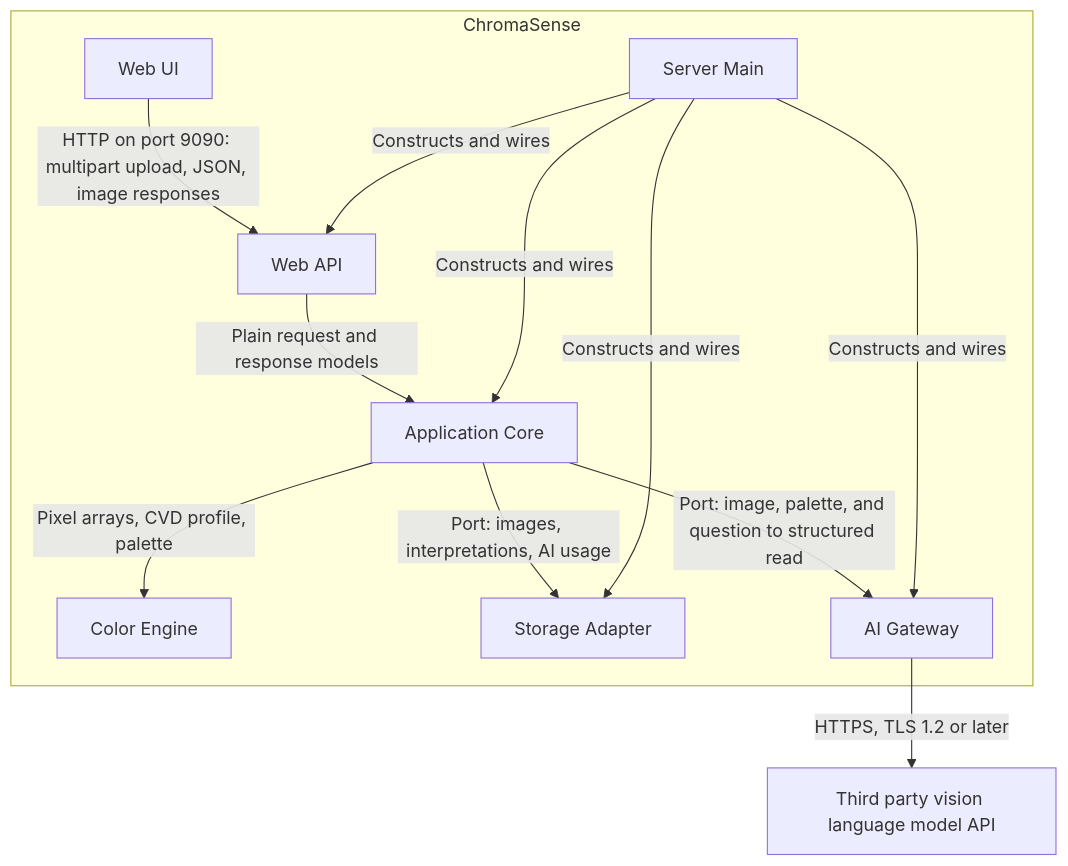
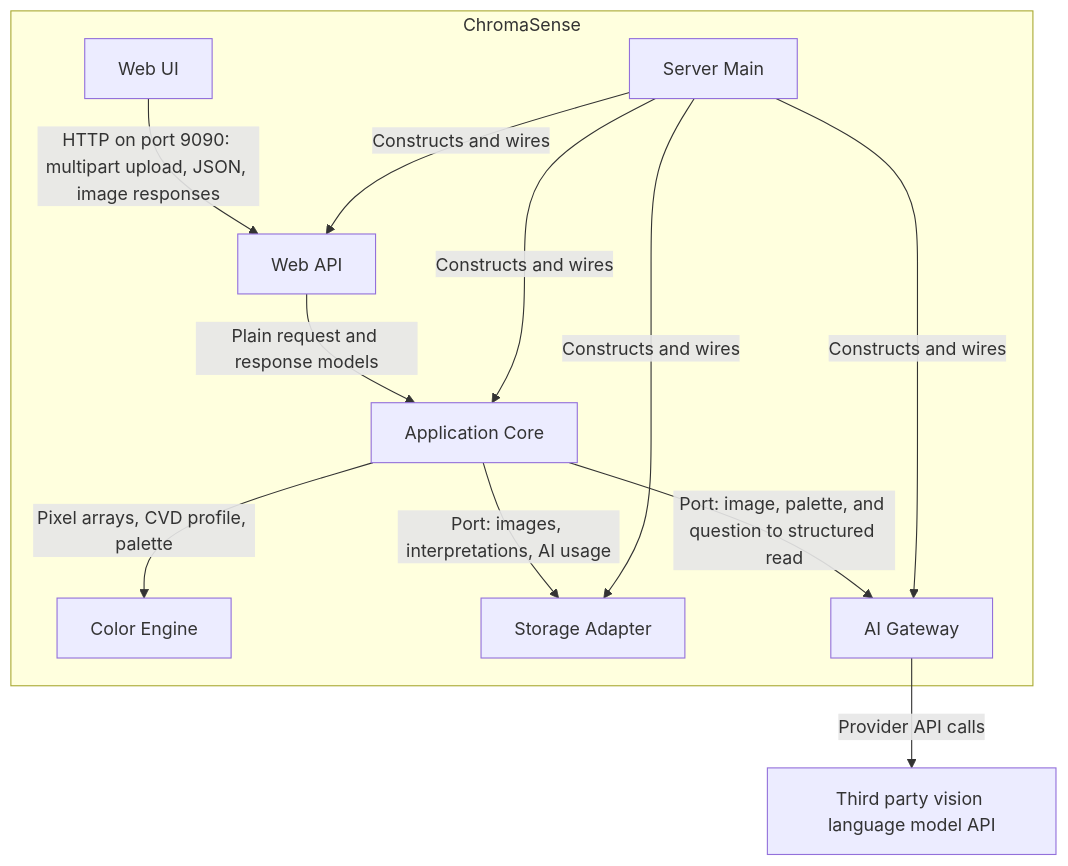
Before and after one commit to cmm519/BlindSpot_ChromaSense: the second of 2 diagrams in dev/architecture.md, drawn with Mermaid. The commit also changed other lines of this file and 2 other files, not shown here.

Commit message:
Remove HTTPS requirements from SRS and design docs
Plain HTTP is fine for now. Drop SRS-NFR-006 and the matching
communication bullet, and remove the HTTPS and TLS enforcement from the
AI Gateway in the architecture and structure docs. Other SRS IDs are not
renumbered, so existing references stay valid.

````diff
--- a/dev/architecture.md
+++ b/dev/architecture.md
@@ -30,23 +30,23 @@
 ```mermaid
 flowchart TB
   subgraph boundary ["ChromaSense"]
     webUi["Web UI"]
     webApi["Web API"]
     core["Application Core"]
     engine["Color Engine"]
     storage["Storage Adapter"]
     gateway["AI Gateway"]
     main["Server Main"]
   end
   provider["Third party vision language model API"]
   webUi -->|"HTTP on port 9090: multipart upload, JSON, image responses"| webApi
   webApi -->|"Plain request and response models"| core
   core -->|"Pixel arrays, CVD profile, palette"| engine
   core -->|"Port: images, interpretations, AI usage"| storage
   core -->|"Port: image, palette, and question to structured read"| gateway
-  gateway -->|"HTTPS, TLS 1.2 or later"| provider
+  gateway -->|"Provider API calls"| provider
   main -->|"Constructs and wires"| webApi
   main -->|"Constructs and wires"| core
   main -->|"Constructs and wires"| storage
   main -->|"Constructs and wires"| gateway
 ```
````
